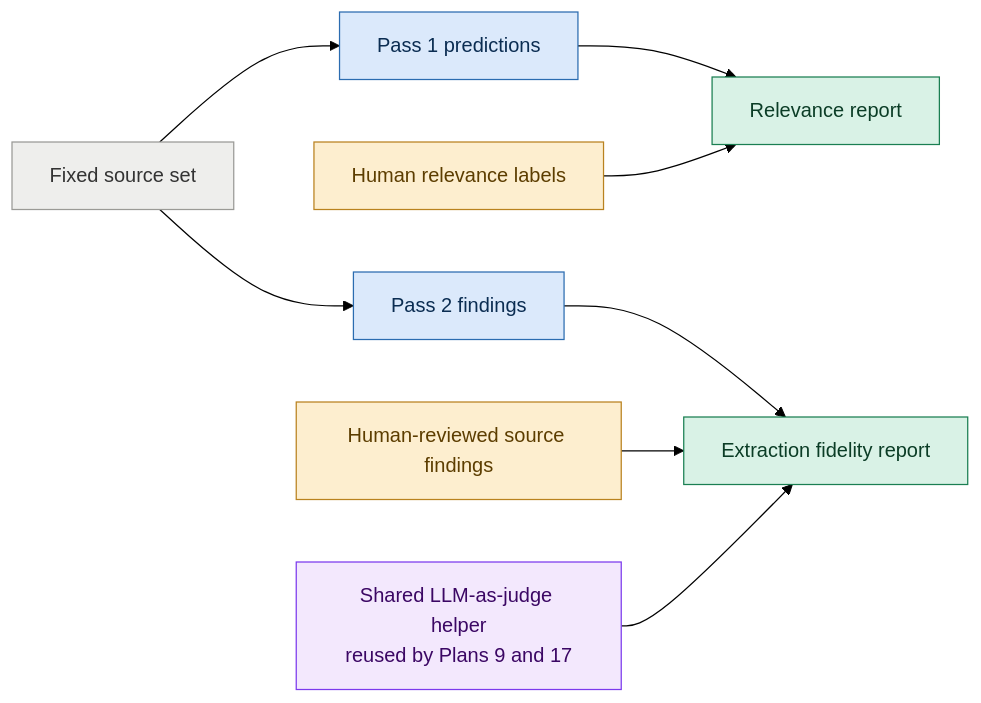
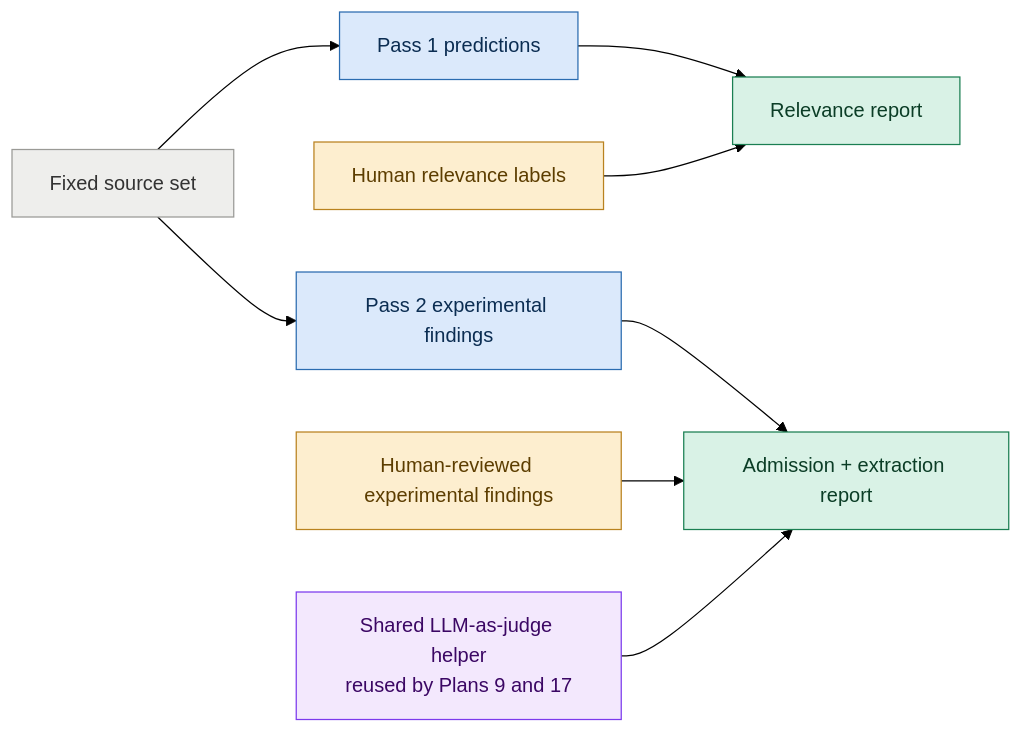
One commit to jmamath/distill changed the diagram in docs/planning/backlog/13_pass1_pass2_quality_eval.md. Above: the diagram before and after it, drawn with Mermaid (forest theme). The commit also changed other lines of this file and 9 other files, not shown here.

Commit message:
Narrow findings to experimental evidence

````diff
--- a/docs/planning/backlog/13_pass1_pass2_quality_eval.md
+++ b/docs/planning/backlog/13_pass1_pass2_quality_eval.md
@@ -19,23 +19,23 @@
 ```mermaid
 flowchart LR
     sources["Fixed source set"]:::data
     p1["Pass 1 predictions"]:::pred
-    p2["Pass 2 findings"]:::pred
+    p2["Pass 2 experimental findings"]:::pred
     g1["Human relevance labels"]:::gold
-    g2["Human-reviewed source findings"]:::gold
+    g2["Human-reviewed experimental findings"]:::gold
     e1["Relevance report"]:::report
-    e2["Extraction fidelity report"]:::report
+    e2["Admission + extraction report"]:::report
     shared["Shared LLM-as-judge helper<br/>reused by Plans 9 and 17"]:::shared
 
     sources --> p1 --> e1
     sources --> p2 --> e2
     g1 --> e1
     g2 --> e2
     shared --> e2
 
     classDef data fill:#eeeeec,stroke:#9a9a96,color:#333333;
     classDef pred fill:#dbe9fb,stroke:#2b6cb0,color:#0b2d52;
     classDef gold fill:#fdeecf,stroke:#b9821f,color:#5c3d00;
     classDef report fill:#d9f2e6,stroke:#1a7f52,color:#0b3d26;
     classDef shared fill:#f3e8fd,stroke:#7c3aed,color:#3b0764;
 ```
````
